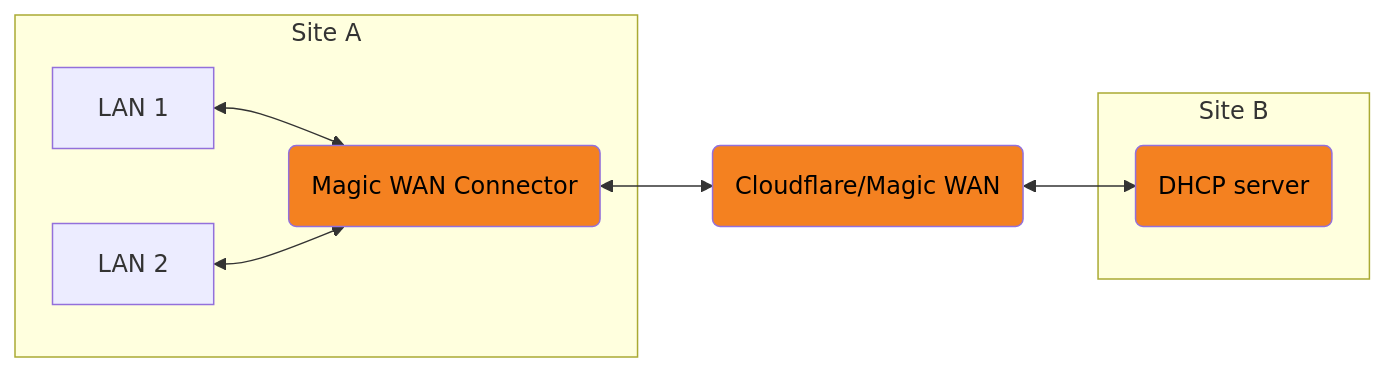
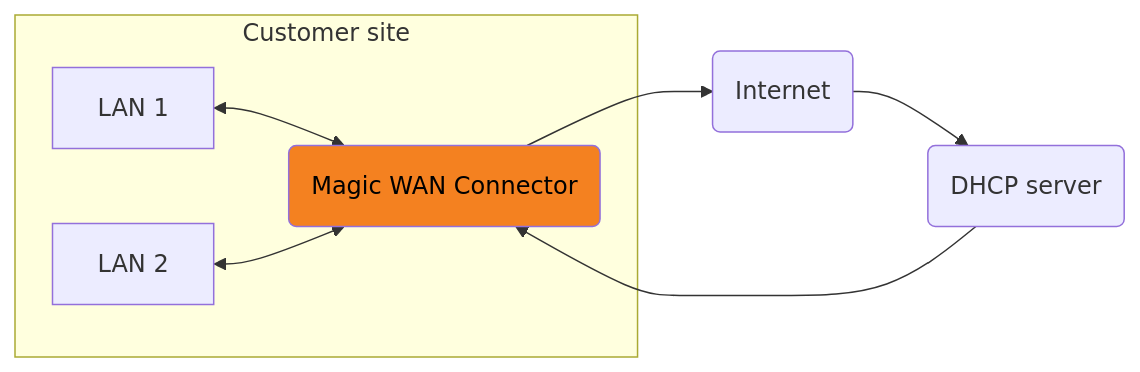
One commit to cf-bzhuang/cloudflare-docs changed the diagram in src/content/docs/magic-wan/configuration/connector/network-options/dhcp/dhcp-relay.mdx. Above: the diagram before and after it, drawn with Mermaid. The commit also changed other lines of this file and 2512 other files, not shown here.

````diff
--- a/src/content/docs/magic-wan/configuration/connector/network-options/dhcp/dhcp-relay.mdx
+++ b/src/content/docs/magic-wan/configuration/connector/network-options/dhcp/dhcp-relay.mdx
@@ -10,16 +10,14 @@
 ```mermaid
 flowchart LR
 accTitle: An example of Connector in DHCP Relay mode
-    a(Magic WAN Connector) <--> b(Cloudflare/Magic WAN) <--> c(DHCP server)
+    a(Magic WAN Connector) --> b(Internet) --> c(DHCP server)
 
-    subgraph Site A
+    subgraph Customer site
     d[LAN 1] <--> a
     e[LAN 2] <--> a
     end
 
-    subgraph Site B
-    c
-    end
+    c --> a
     classDef orange fill:#f48120,color: black
-    class a,b,c orange
+    class a orange
 ```
````
